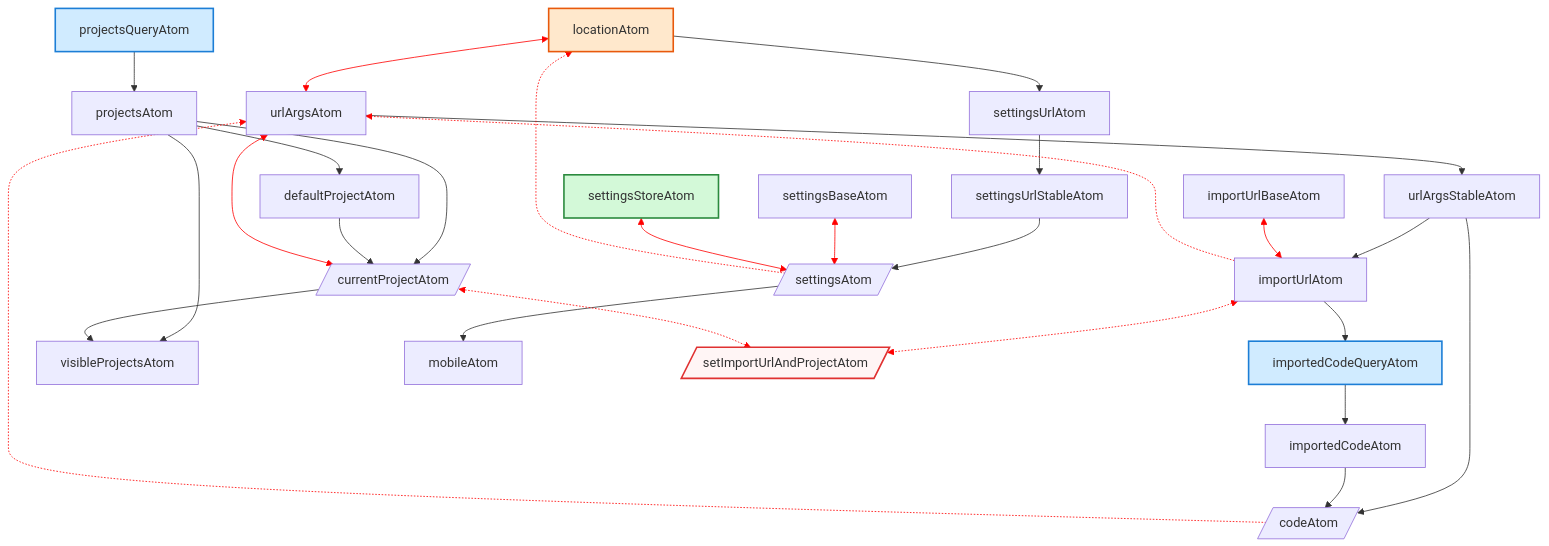
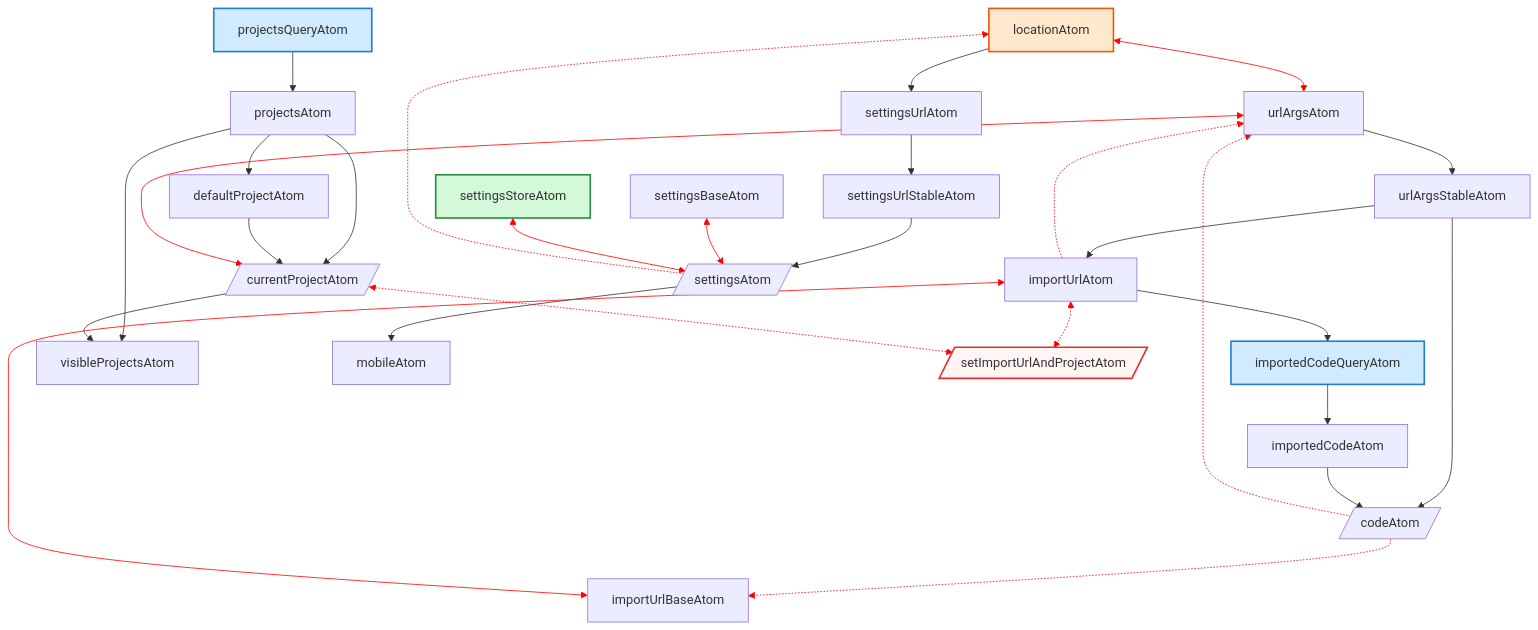
The diagram in doc/Development.md (leanprover-community/lean4web), drawn with Mermaid before and after one commit. The commit also changed 9 other files, not shown here.

First line of the commit message:
fix: url import and decoding not working (#104)

````diff
--- a/doc/Development.md
+++ b/doc/Development.md
@@ -45,72 +45,72 @@
 ```mermaid
 graph TD;
 
   %% getter
   urlArgsAtom-->urlArgsStableAtom;
   urlArgsStableAtom-->importUrlAtom;
   importUrlAtom-->importedCodeQueryAtom;
   importedCodeQueryAtom-->importedCodeAtom;
   projectsQueryAtom-->projectsAtom
   projectsAtom-->defaultProjectAtom;
   currentProjectAtom[/currentProjectAtom/]
   projectsAtom-->currentProjectAtom;
   defaultProjectAtom-->currentProjectAtom;
   projectsAtom-->visibleProjectsAtom;
   currentProjectAtom-->visibleProjectsAtom;
   codeAtom[/codeAtom/]
   urlArgsStableAtom-->codeAtom;
   importedCodeAtom-->codeAtom;
   locationAtom-->settingsUrlAtom;
   settingsUrlAtom-->settingsUrlStableAtom;
   settingsAtom[/settingsAtom/]
   settingsUrlStableAtom-->settingsAtom;
   settingsAtom-->mobileAtom;
 
   %% getter and setter
   locationAtom<-->urlArgsAtom;
   importUrlBaseAtom<-->importUrlAtom;
   urlArgsAtom<-->currentProjectAtom;
   settingsBaseAtom<-->settingsAtom;
   settingsStoreAtom<-->settingsAtom;
 
   %% setter
   importUrlAtom -.-> urlArgsAtom;
   codeAtom -.-> urlArgsAtom;
+  codeAtom -.-> importUrlBaseAtom;
   settingsAtom -.-> locationAtom;
 
   setImportUrlAndProjectAtom[/setImportUrlAndProjectAtom/]
   importUrlAtom <-.-> setImportUrlAndProjectAtom
   currentProjectAtom <-.-> setImportUrlAndProjectAtom
 
   %% Styles
-
   linkStyle 16 stroke: red;
   linkStyle 17 stroke: red;
   linkStyle 18 stroke: red;
   linkStyle 19 stroke: red;
   linkStyle 20 stroke: red;
   linkStyle 21 stroke: red;
   linkStyle 22 stroke: red;
   linkStyle 23 stroke: red;
   linkStyle 24 stroke: red;
   linkStyle 25 stroke: red;
+  linkStyle 26 stroke: red;
 
   classDef query fill:#d0ebff,stroke:#1c7ed6,stroke-width:2px;
   classDef storage fill:#d3f9d8,stroke:#2b8a3e,stroke-width:2px;
   classDef location fill:#ffe8cc,stroke:#e8590c,stroke-width:2px;
   classDef setter fill:#fff5f5,stroke:#e03131,stroke-width:2px;
 
   %% Location atoms
   class locationAtom location;
 
   %% Query atoms
   class importedCodeQueryAtom query;
   class projectsQueryAtom query;
 
   %% Storage atoms
   class settingsStoreAtom storage;
 
   %% Setter
   class setImportUrlAndProjectAtom setter;
-  class applySettingsAtom setter;
 ```
````
